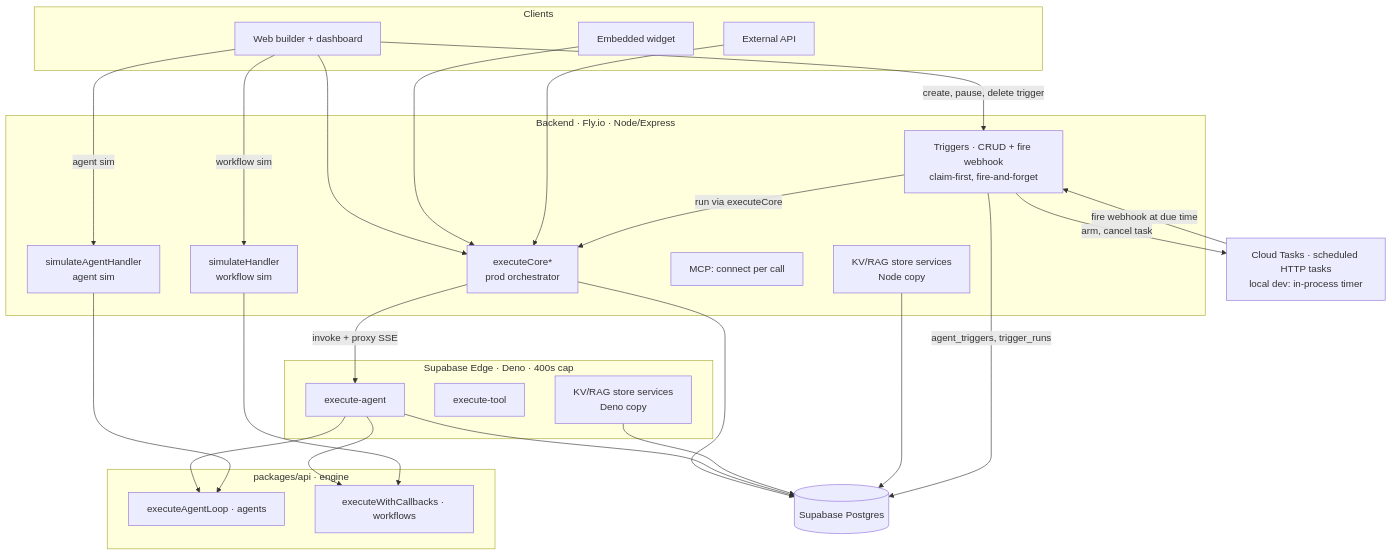
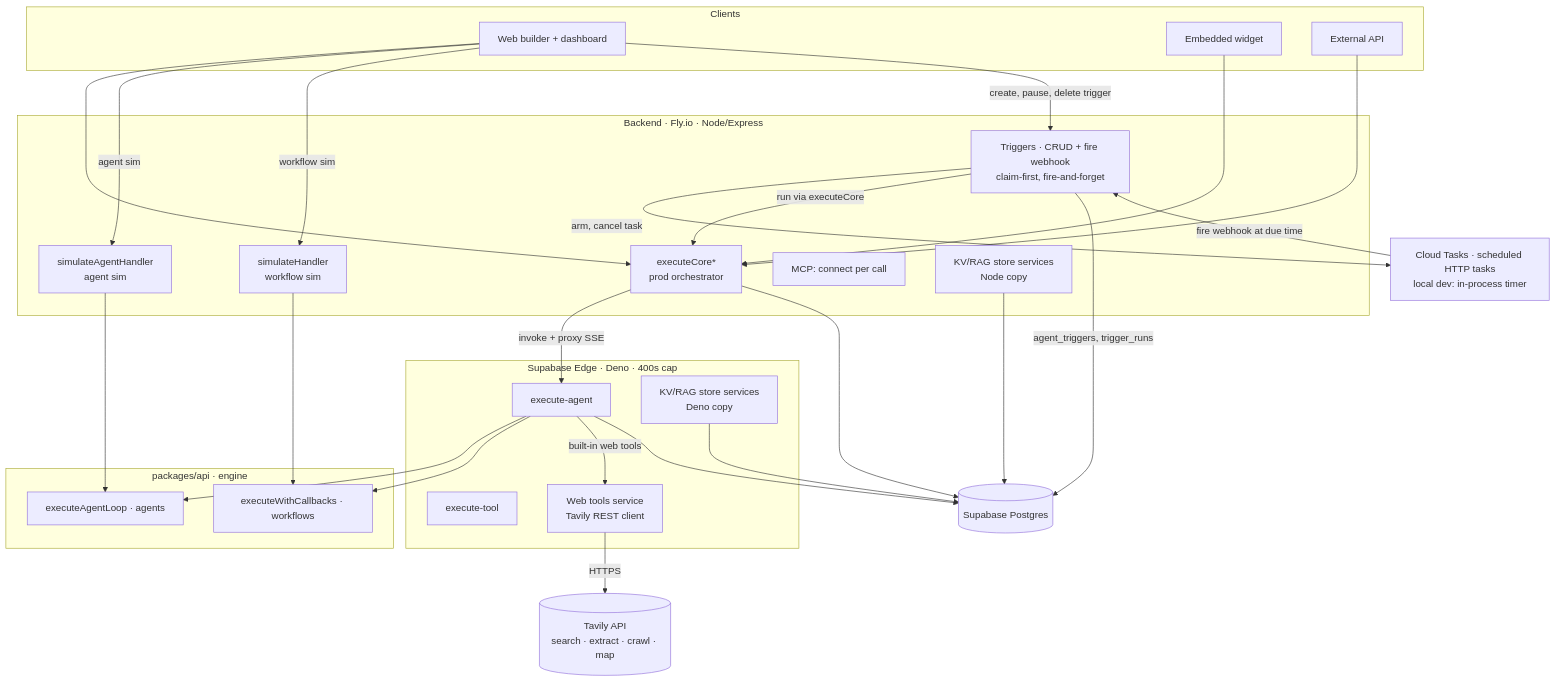
One commit to daviddominguezh/llm-graph-builder changed the second of 5 diagrams in README.md. Above: the diagram before and after it, drawn with Mermaid. The commit also changed other lines of this file, not shown here.

Commit message:
docs(web): document openflow/web built-in tools + update legacy diagram

````diff
--- a/README.md
+++ b/README.md
@@ -202,52 +210,56 @@
 ```mermaid
 flowchart TB
   subgraph clients[Clients]
     web[Web builder + dashboard]
     widget[Embedded widget]
     ext[External API]
   end
 
   subgraph be["Backend · Fly.io · Node/Express"]
     prod[executeCore*<br/>prod orchestrator]
     sima[simulateAgentHandler<br/>agent sim]
     simw[simulateHandler<br/>workflow sim]
     trig["Triggers · CRUD + fire webhook<br/>claim-first, fire-and-forget"]
     mcp[MCP: connect per call]
     st1[KV/RAG store services<br/>Node copy]
   end
 
   ct["Cloud Tasks · scheduled HTTP tasks<br/>local dev: in-process timer"]
 
   subgraph edge["Supabase Edge · Deno · 400s cap"]
     ea[execute-agent]
     et[execute-tool]
     st2[KV/RAG store services<br/>Deno copy]
+    webx[Web tools service<br/>Tavily REST client]
   end
 
   subgraph engine["packages/api · engine"]
     agent[executeAgentLoop · agents]
     flow[executeWithCallbacks · workflows]
   end
 
   db[(Supabase Postgres)]
+  tavily[(Tavily API<br/>search · extract · crawl · map)]
 
   web --> prod
   widget --> prod
   ext --> prod
   prod -->|invoke + proxy SSE| ea
   ea --> agent
   ea --> flow
+  ea -->|built-in web tools| webx
+  webx -->|HTTPS| tavily
   web -->|agent sim| sima
   web -->|workflow sim| simw
   sima --> agent
   simw --> flow
   web -->|create, pause, delete trigger| trig
   trig -->|arm, cancel task| ct
   ct -->|fire webhook at due time| trig
   trig -->|run via executeCore| prod
   prod --> db
   ea --> db
   st2 --> db
   st1 --> db
   trig -->|agent_triggers, trigger_runs| db
 ```
````
